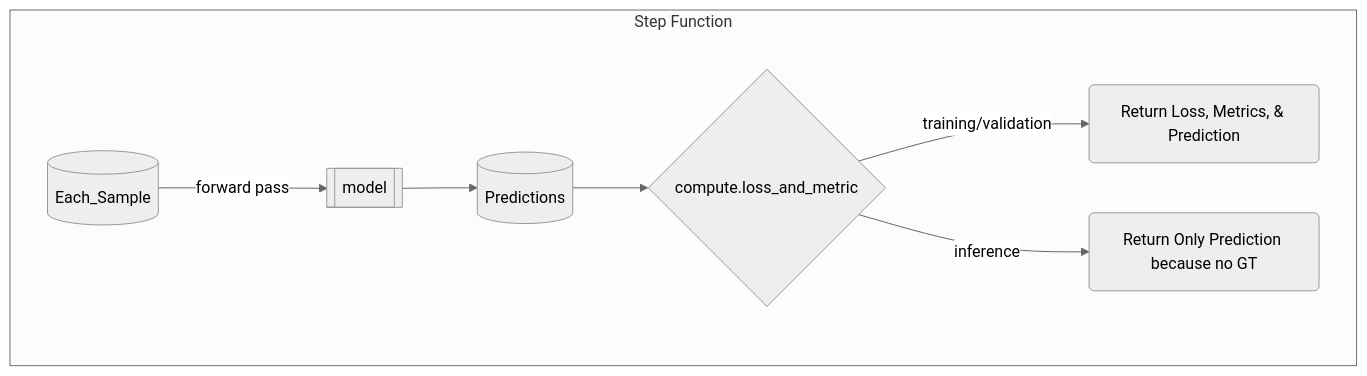
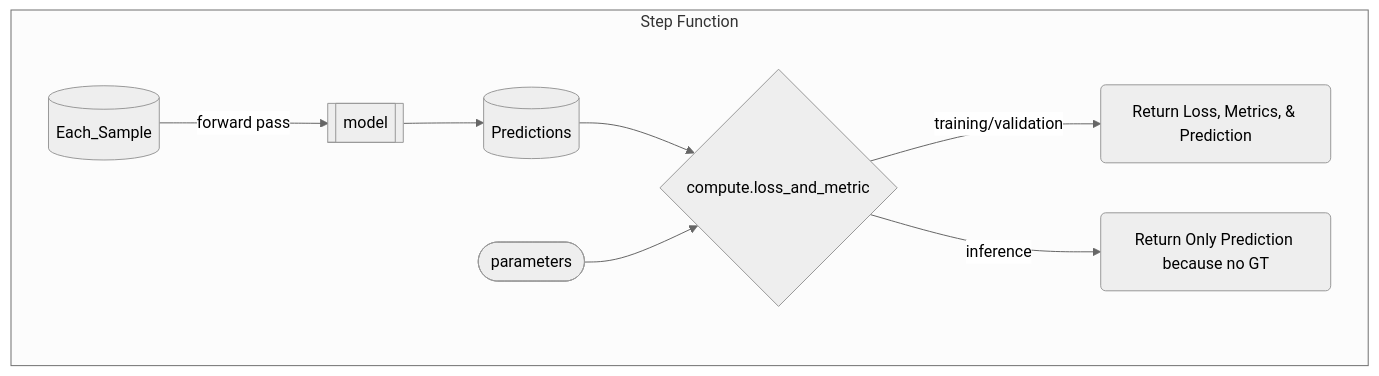
One commit to szmazurek/GaNDLF changed the seventh of 7 diagrams in docs/flowchart.md. Above: the diagram before and after it, drawn with Mermaid (neutral theme).

Commit message:
added connection

````diff
--- a/docs/flowchart.md
+++ b/docs/flowchart.md
@@ -115,10 +115,11 @@
 ```mermaid
 flowchart TD
     subgraph Step Function
         Each_Sample[(Each_Sample)] -->|forward pass| model[[model]]
         model --> Predictions[(Predictions)]
         Predictions[(Predictions)] --> type{compute.loss_and_metric}
+        parameters([parameters]) --> type
         type -->|training/validation| loss(Return Loss, Metrics, & Prediction)
         type -->|inference| inferences_metrics(Return Only Prediction because no GT)
     end
 ```
````
